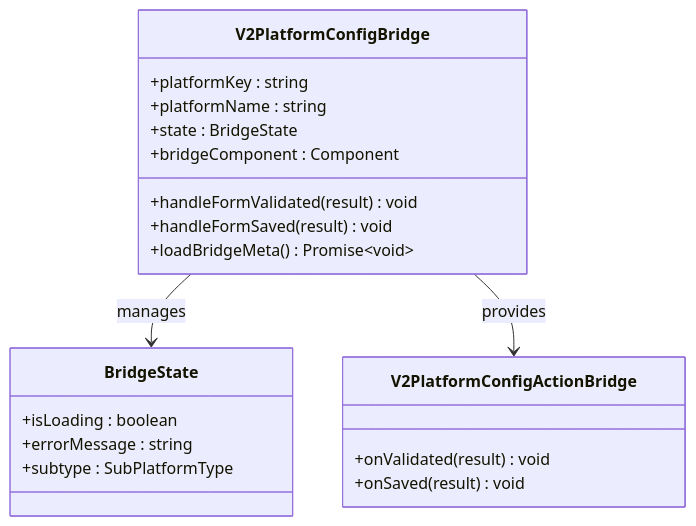
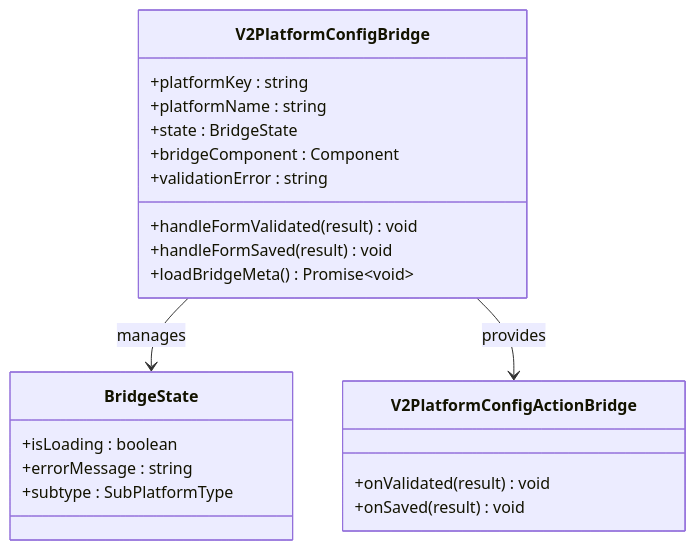
Before and after one commit to terwer/siyuan-plugin-publisher: the ninth of 20 diagrams in .qoder/repowiki/zh/content/Platform Configuration System.md, drawn with Mermaid. The commit also changed other lines of this file and 15 other files, not shown here.

````diff
--- a/.qoder/repowiki/zh/content/Platform Configuration System.md
+++ b/.qoder/repowiki/zh/content/Platform Configuration System.md
@@ -489,23 +509,24 @@
 ```mermaid
 classDiagram
 class V2PlatformConfigBridge {
 +platformKey : string
 +platformName : string
 +state : BridgeState
 +bridgeComponent : Component
++validationError : string
 +handleFormValidated(result) void
 +handleFormSaved(result) void
 +loadBridgeMeta() Promise~void~
 }
 class BridgeState {
 +isLoading : boolean
 +errorMessage : string
 +subtype : SubPlatformType
 }
 class V2PlatformConfigActionBridge {
 +onValidated(result) void
 +onSaved(result) void
 }
 V2PlatformConfigBridge --> BridgeState : manages
 V2PlatformConfigBridge --> V2PlatformConfigActionBridge : provides
 ```
````
